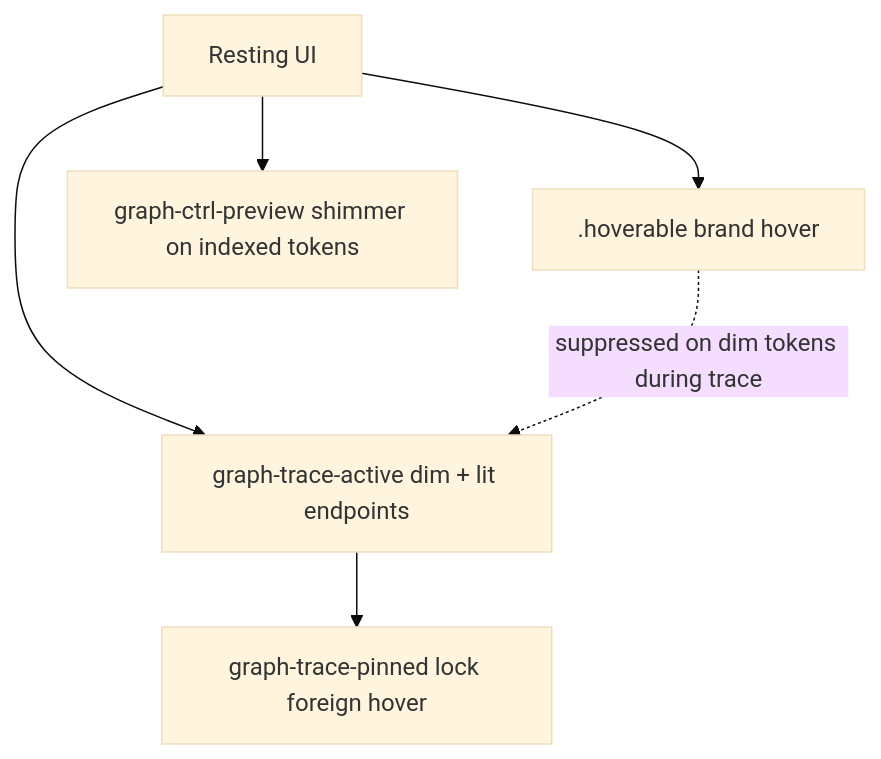
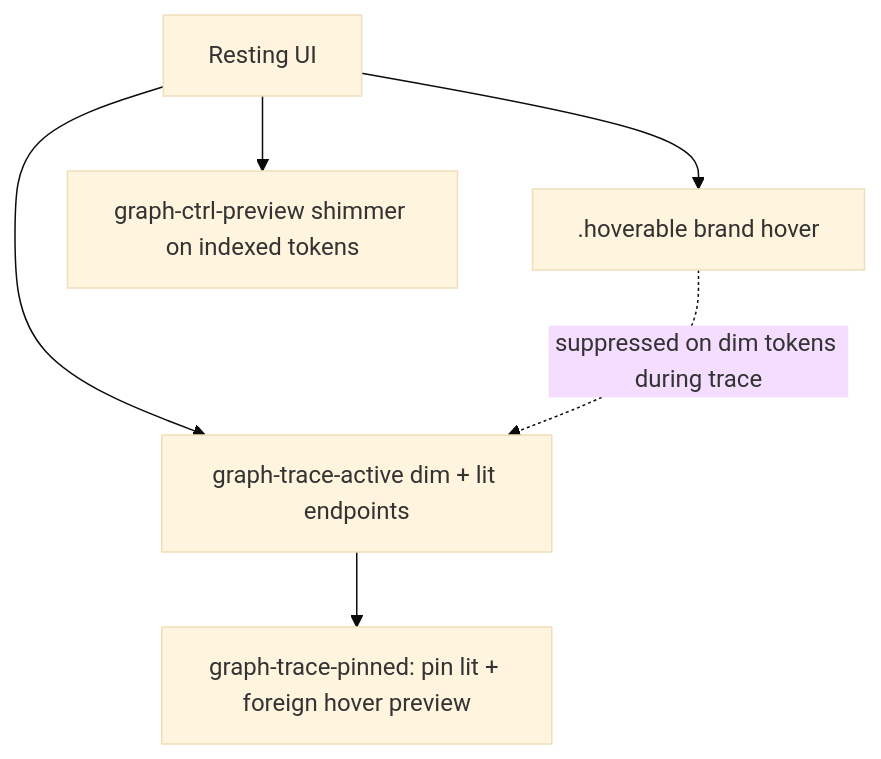
Before and after one commit to matkleve/codegrapher: the diagram in docs/specs/system/interaction-emphasis.md, drawn with Mermaid (base theme). The commit also changed other lines of this file and 10 other files, not shown here.

First line of the commit message:
Refactor GraphInteractionContext and related components for improved hover and trace management

````diff
--- a/docs/specs/system/interaction-emphasis.md
+++ b/docs/specs/system/interaction-emphasis.md
@@ -19,8 +19,8 @@
 ```mermaid
 flowchart TB
   Base[Resting UI] --> Hover[.hoverable brand hover]
   Base --> Ctrl[graph-ctrl-preview shimmer on indexed tokens]
   Base --> Trace[graph-trace-active dim + lit endpoints]
-  Trace --> Pin[graph-trace-pinned lock foreign hover]
+  Trace --> Pin[graph-trace-pinned: pin lit + foreign hover preview]
   Hover -.->|suppressed on dim tokens during trace| Trace
 ```
````
